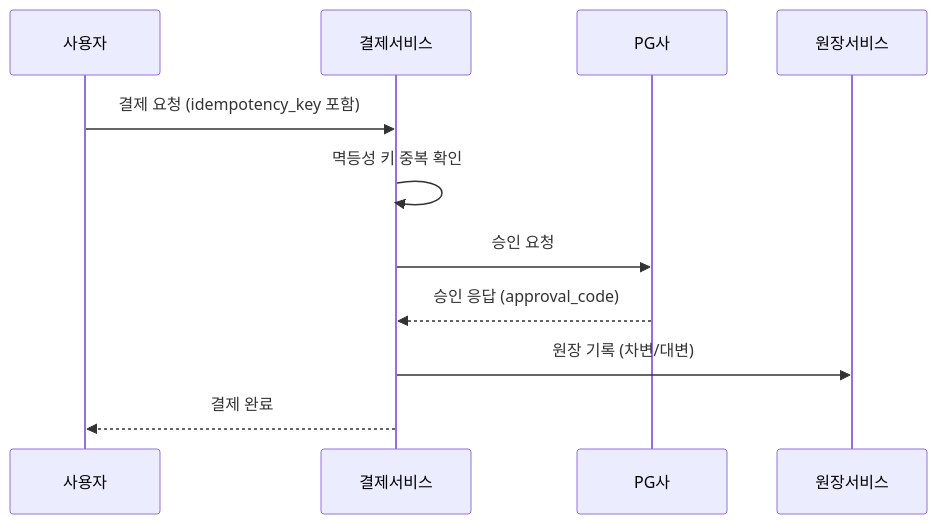
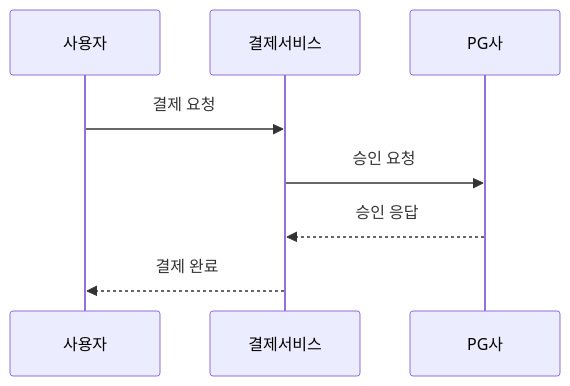
One commit to yjkim2015/yjkim2015.github.io changed the second of 6 diagrams in _posts/systemdesign/2026-05-03-system-design-payment.md. Above: the diagram before and after it, drawn with Mermaid. The commit also changed other lines of this file and 155 other files, not shown here.

First line of the commit message:
Mermaid 전면 수정: subgraph 제거, participant/노드/줄수 축소 (342블록)

````diff
--- a/_posts/systemdesign/2026-05-03-system-design-payment.md
+++ b/_posts/systemdesign/2026-05-03-system-design-payment.md
@@ -106,13 +103,10 @@
 ```mermaid
 sequenceDiagram
     participant U as 사용자
     participant PS as 결제서비스
     participant PG as PG사
-    participant LS as 원장서비스
-    U->>PS: 결제 요청 (idempotency_key 포함)
-    PS->>PS: 멱등성 키 중복 확인
+    U->>PS: 결제 요청
     PS->>PG: 승인 요청
-    PG-->>PS: 승인 응답 (approval_code)
-    PS->>LS: 원장 기록 (차변/대변)
+    PG-->>PS: 승인 응답
     PS-->>U: 결제 완료
 ```
````
